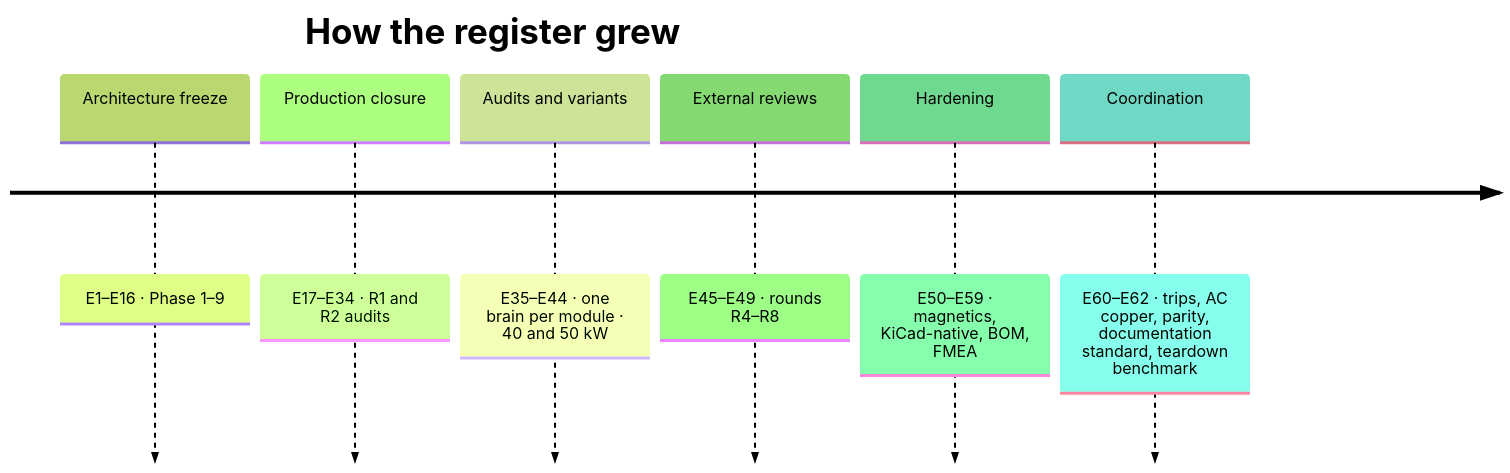
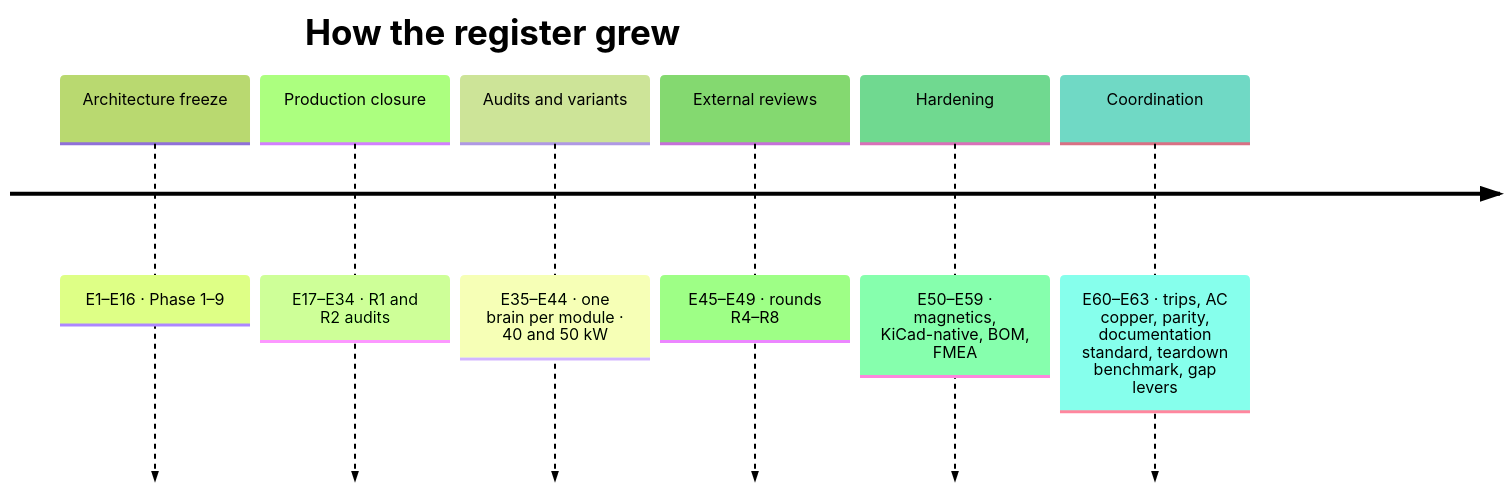
Before and after one commit to vectivolt/DC-Modules: the diagram in docs/assumptions.md, drawn with Mermaid (forest theme). The commit also changed other lines of this file and 8 other files, not shown here.

````diff
--- a/docs/assumptions.md
+++ b/docs/assumptions.md
@@ -38,10 +38,10 @@
 ```mermaid
 timeline
   title How the register grew
   Architecture freeze : E1–E16 · Phase 1–9
   Production closure : E17–E34 · R1 and R2 audits
   Audits and variants : E35–E44 · one brain per module · 40 and 50 kW
   External reviews : E45–E49 · rounds R4–R8
   Hardening : E50–E59 · magnetics, KiCad-native, BOM, FMEA
-  Coordination : E60–E62 · trips, AC copper, parity, documentation standard, teardown benchmark
+  Coordination : E60–E63 · trips, AC copper, parity, documentation standard, teardown benchmark, gap levers
 ```
````
